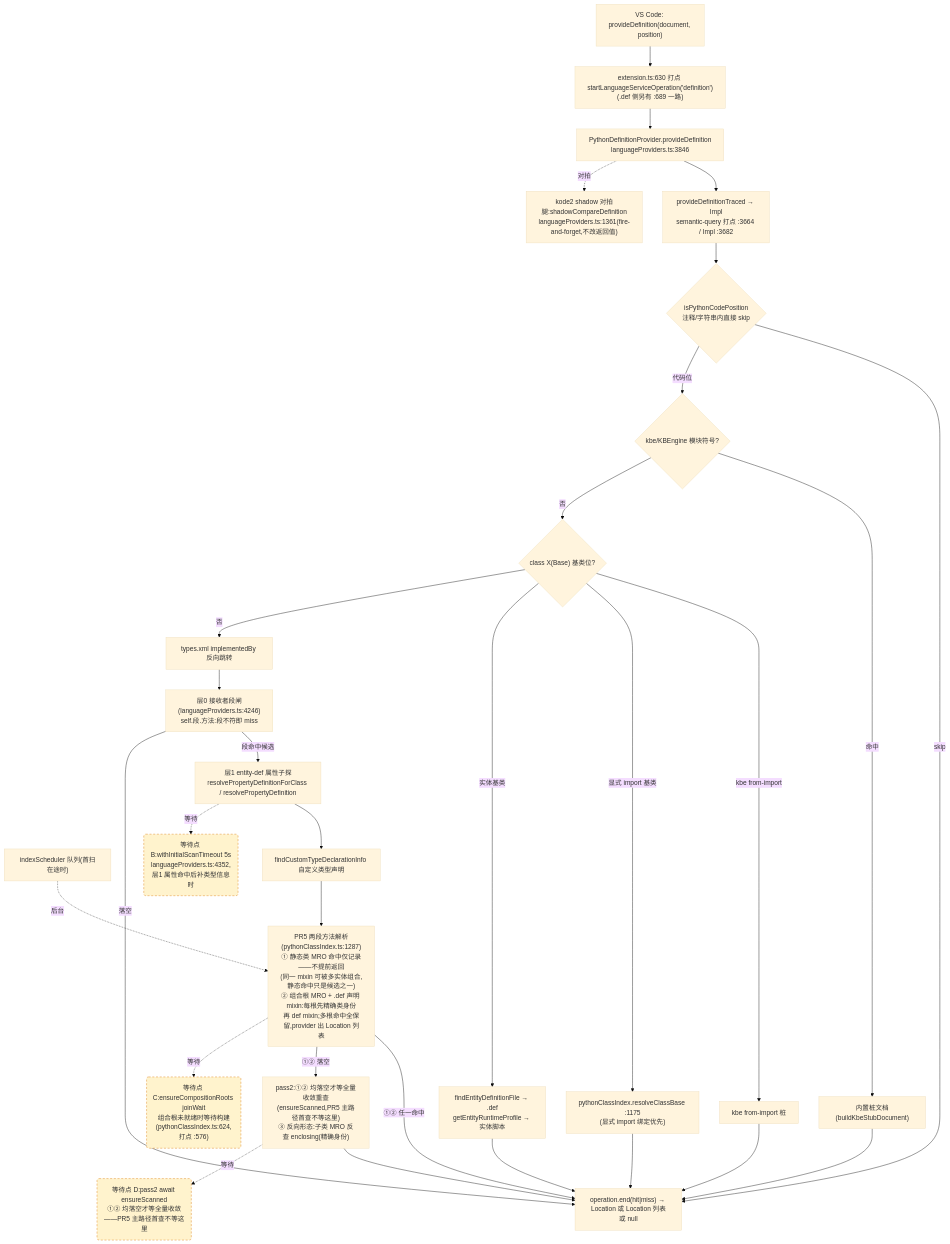
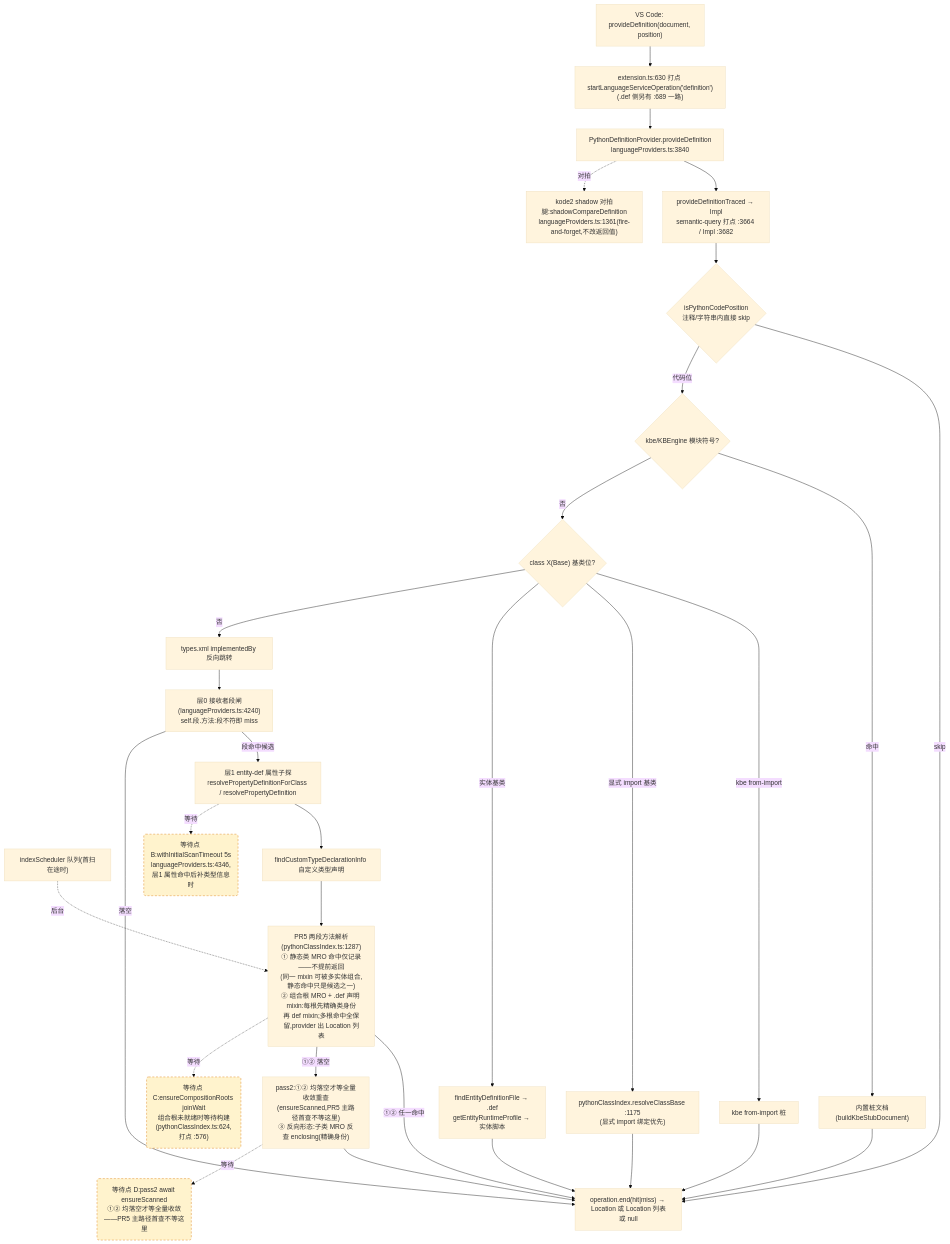
One commit to cuihairu/kode changed the second of 4 diagrams in docs/perf/2026-baseline.md. Above: the diagram before and after it, drawn with Mermaid (base theme). The commit also changed other lines of this file and 5 other files, not shown here.

````diff
--- a/docs/perf/2026-baseline.md
+++ b/docs/perf/2026-baseline.md
@@ -130,51 +130,51 @@
 ```mermaid
 flowchart TD
   VC2["VS Code: provideDefinition(document, position)"]
   M2["extension.ts:630 打点 startLanguageServiceOperation('definition')<br/>(.def 侧另有 :689 一路)"]
-  AD2["PythonDefinitionProvider.provideDefinition<br/>languageProviders.ts:3846"]
+  AD2["PythonDefinitionProvider.provideDefinition<br/>languageProviders.ts:3840"]
   TR["provideDefinitionTraced → Impl<br/>semantic-query 打点 :3664 / Impl :3682"]
   CTX{"isPythonCodePosition<br/>注释/字符串内直接 skip"}
   KBE{"kbe/KBEngine 模块符号?"}
   STUB["内置桩文档(buildKbeStubDocument)"]
   CB{"class X(Base) 基类位?"}
   CB1["kbe from-import 桩"]
   CB2["pythonClassIndex.resolveClassBase :1175<br/>(显式 import 绑定优先)"]
   CB3["findEntityDefinitionFile → .def<br/>getEntityRuntimeProfile → 实体脚本"]
   REV["types.xml implementedBy 反向跳转"]
-  L0["层0 接收者段闸(languageProviders.ts:4246)<br/>self.段.方法:段不符即 miss"]
+  L0["层0 接收者段闸(languageProviders.ts:4240)<br/>self.段.方法:段不符即 miss"]
   L1["层1 entity-def 属性子探<br/>resolvePropertyDefinitionForClass / resolvePropertyDefinition"]
   SCAN["indexScheduler 队列(首扫在途时)"]
   TY["findCustomTypeDeclarationInfo 自定义类型声明"]
   MRO["PR5 两段方法解析(pythonClassIndex.ts:1287)<br/>① 静态类 MRO 命中仅记录——不提前返回<br/>(同一 mixin 可被多实体组合,静态命中只是候选之一)<br/>② 组合根 MRO + .def 声明 mixin:每根先精确类身份<br/>再 def mixin;多根命中全保留,provider 出 Location 列表"]
   PASS2["pass2:①② 均落空才等全量收敛重查<br/>(ensureScanned,PR5 主路径首查不等这里)<br/>③ 反向形态:子类 MRO 反查 enclosing(精确身份)"]
   SHD["kode2 shadow 对拍腿:shadowCompareDefinition<br/>languageProviders.ts:1361(fire-and-forget,不改返回值)"]
   END2["operation.end(hit|miss) → Location 或 Location 列表或 null"]
 
   VC2 --> M2 --> AD2 --> TR --> CTX
   CTX -- "skip" --> END2
   CTX -- "代码位" --> KBE
   KBE -- "命中" --> STUB --> END2
   KBE -- "否" --> CB
   CB -- "kbe from-import" --> CB1 --> END2
   CB -- "显式 import 基类" --> CB2 --> END2
   CB -- "实体基类" --> CB3 --> END2
   CB -- "否" --> REV --> L0
   L0 -- "段命中候选" --> L1
   L0 -- "落空" --> END2
   L1 --> TY
   TY --> MRO
   MRO -- "①② 任一命中" --> END2
   MRO -- "①② 落空" --> PASS2 --> END2
   AD2 -.->|对拍| SHD
 
-  WAITB("等待点 B:withInitialScanTimeout 5s<br/>languageProviders.ts:4352,层1 属性命中后补类型信息时")
+  WAITB("等待点 B:withInitialScanTimeout 5s<br/>languageProviders.ts:4346,层1 属性命中后补类型信息时")
   WAITC("等待点 C:ensureCompositionRoots joinWait<br/>组合根未就绪时等待构建(pythonClassIndex.ts:624,打点 :576)")
   WAITD("等待点 D:pass2 await ensureScanned<br/>①② 均落空才等全量收敛——PR5 主路径首查不等这里")
   L1 -.->|等待| WAITB
   MRO -.->|等待| WAITC
   PASS2 -.->|等待| WAITD
   SCAN -.->|后台| MRO
 
   classDef waitPoint fill:#fff3cd,stroke:#d97706,stroke-dasharray:5 4;
   class WAITB,WAITC,WAITD waitPoint;
 ```
````
